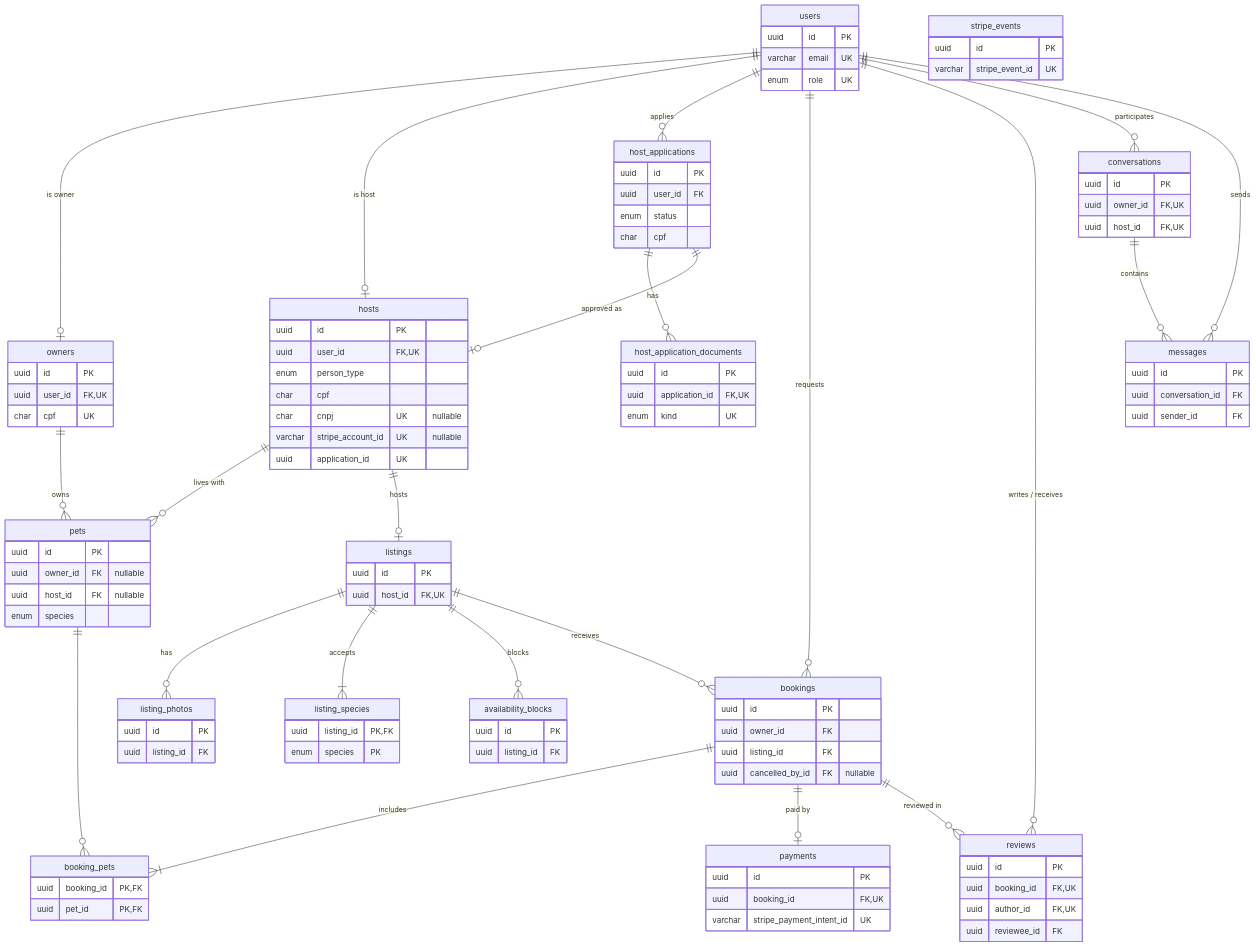
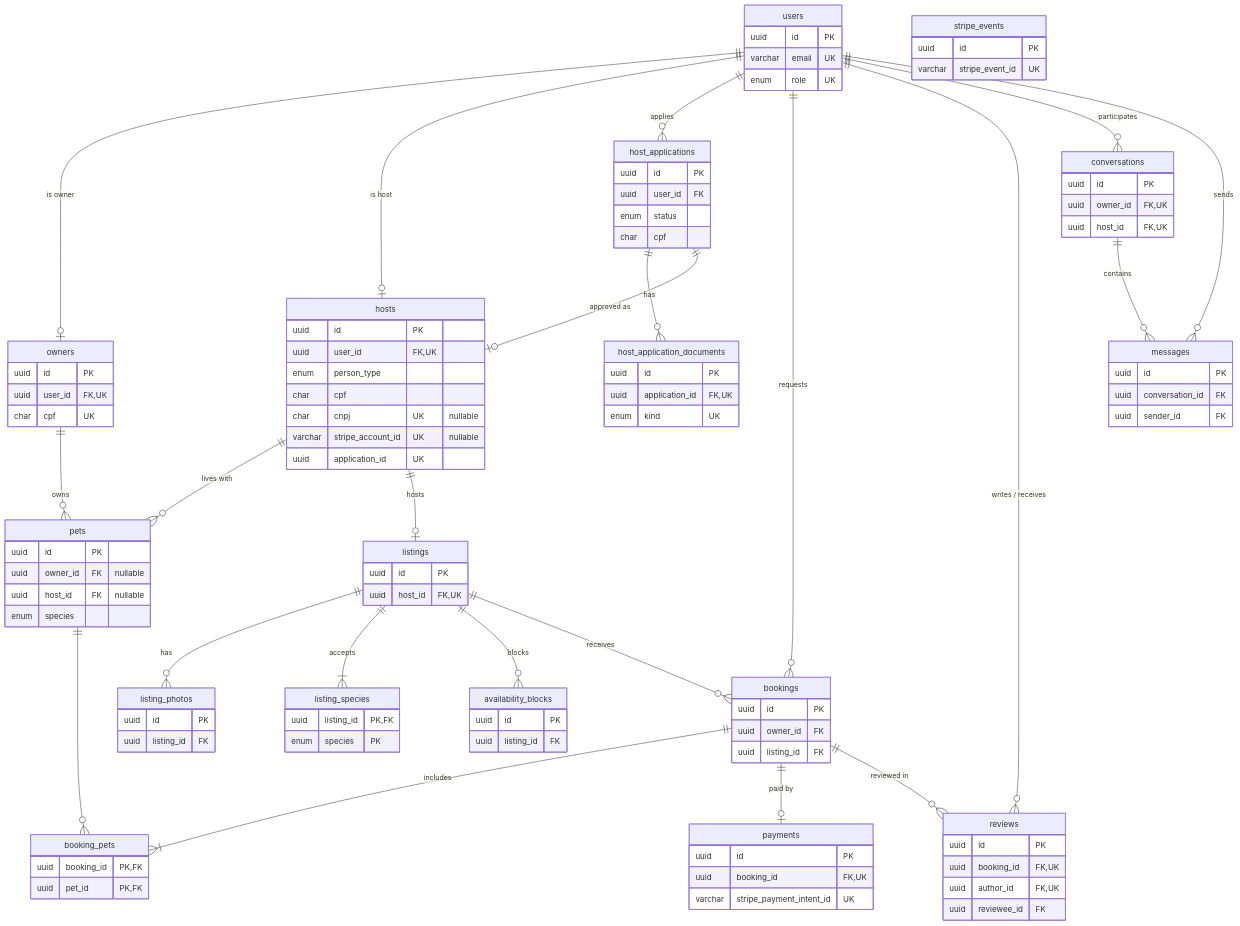
The diagram in docs/escopo-mvp.md (Olival42/pethost_backend), drawn with Mermaid before and after one commit. The commit also changed other lines of this file and 140 other files, not shown here.

```diff
--- a/docs/escopo-mvp.md
+++ b/docs/escopo-mvp.md
@@ -279,7 +279,6 @@
         uuid id PK
         uuid owner_id FK
         uuid listing_id FK
-        uuid cancelled_by_id FK "nullable"
     }
     booking_pets {
         uuid booking_id PK, FK
```
